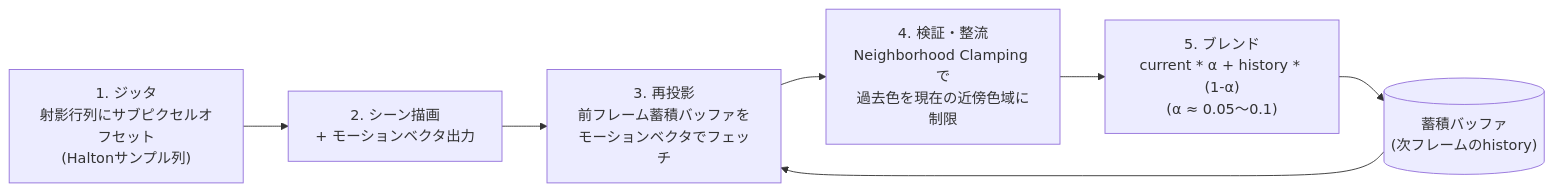
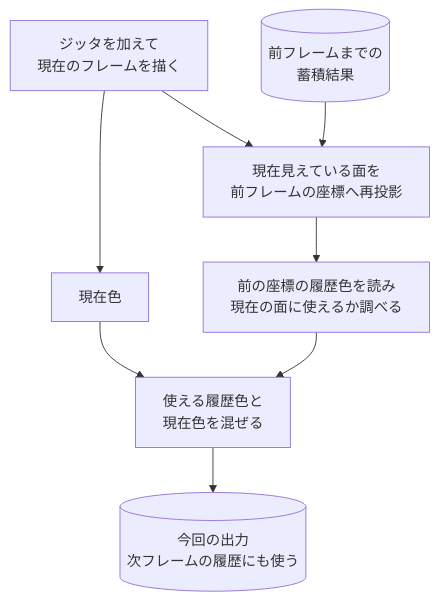
Before and after one commit to sny0/sny0.github.io: the second of 3 diagrams in study/docs/graphics/postprocess/taa.md, drawn with Mermaid. The commit also changed other lines of this file and 14 other files, not shown here.

````diff
--- a/study/docs/graphics/postprocess/taa.md
+++ b/study/docs/graphics/postprocess/taa.md
@@ -51,9 +64,10 @@
 ```mermaid
-flowchart LR
-    J["1. ジッタ<br/>射影行列にサブピクセルオフセット<br/>(Haltonサンプル列)"] --> R["2. シーン描画<br/>+ モーションベクタ出力"]
-    R --> RP["3. 再投影<br/>前フレーム蓄積バッファを<br/>モーションベクタでフェッチ"]
-    RP --> V["4. 検証・整流<br/>Neighborhood Clamping で<br/>過去色を現在の近傍色域に制限"]
-    V --> B["5. ブレンド<br/>current * α + history * (1-α)<br/>(α ≈ 0.05〜0.1)"]
-    B --> H[("蓄積バッファ<br/>(次フレームのhistory)")]
-    H --> RP
+flowchart TD
+    J["ジッタを加えて<br/>現在のフレームを描く"] --> C["現在色"]
+    J --> P["現在見えている面を<br/>前フレームの座標へ再投影"]
+    H[("前フレームまでの<br/>蓄積結果")] --> P
+    P --> V["前の座標の履歴色を読み<br/>現在の面に使えるか調べる"]
+    V --> B["使える履歴色と<br/>現在色を混ぜる"]
+    C --> B
+    B --> N[("今回の出力<br/>次フレームの履歴にも使う")]
 ```
````
